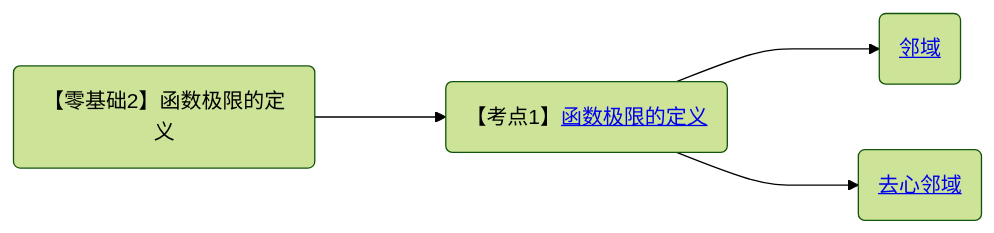
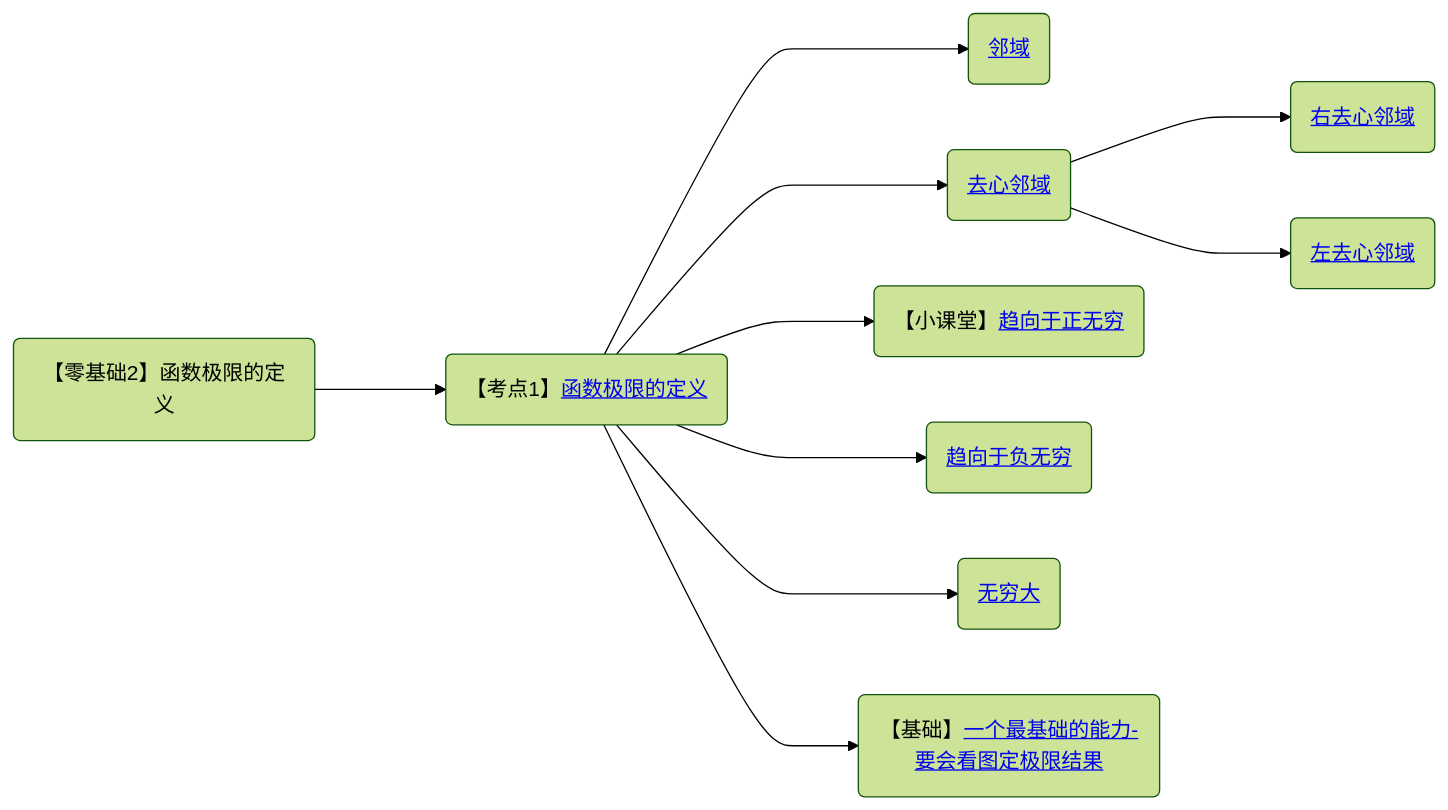
One commit to yuebinghui/note changed the third of 11 diagrams in 笔记/数学/周洋鑫/00.框架.md. Above: the diagram before and after it, drawn with Mermaid (forest theme). The commit also changed 2 other files, not shown here.

Commit message:
Thu Sep 12 09:00:01 CST 2024

````diff
--- a/笔记/数学/周洋鑫/00.框架.md
+++ b/笔记/数学/周洋鑫/00.框架.md
@@ -89,7 +89,13 @@
 ```mermaid
 graph LR
 函数极限的定义(【零基础2】函数极限的定义)
 函数极限的定义 ---> 定义(【考点1】<a href="/Users/yuebinghui/Documents/program/github/note/笔记/数学/周洋鑫/03.零基础核心考点精讲2-2～3-1.md#函数极限的定义">函数极限的定义</>)
 定义--->邻域(<a href="/Users/yuebinghui/Documents/program/github/note/笔记/数学/周洋鑫/03.零基础核心考点精讲2-2～3-1.md#邻域">邻域</>)
 定义--->去心邻域(<a href="/Users/yuebinghui/Documents/program/github/note/笔记/数学/周洋鑫/03.零基础核心考点精讲2-2～3-1.md#去心邻域">去心邻域</>)
+去心邻域--->右去心邻域(<a href="/Users/yuebinghui/Documents/program/github/note/笔记/数学/周洋鑫/03.零基础核心考点精讲2-2～3-1.md#右去心邻域">右去心邻域</>)
+去心邻域--->左去心邻域(<a href="/Users/yuebinghui/Documents/program/github/note/笔记/数学/周洋鑫/03.零基础核心考点精讲2-2～3-1.md#左去心邻域">左去心邻域</>)
+定义--->趋向于正无穷(【小课堂】<a href="/Users/yuebinghui/Documents/program/github/note/笔记/数学/周洋鑫/03.零基础核心考点精讲2-2～3-1.md#趋向于正无穷">趋向于正无穷</>)
+定义--->趋向于负无穷(<a href="/Users/yuebinghui/Documents/program/github/note/笔记/数学/周洋鑫/03.零基础核心考点精讲2-2～3-1.md#趋向于负无穷">趋向于负无穷</>)
+定义--->无穷大(<a href="/Users/yuebinghui/Documents/program/github/note/笔记/数学/周洋鑫/03.零基础核心考点精讲2-2～3-1.md#无穷大">无穷大</>)
+定义--->一个最基础的能力-要会看图定极限结果(【基础】<a href="/Users/yuebinghui/Documents/program/github/note/笔记/数学/周洋鑫/03.零基础核心考点精讲2-2～3-1.md#一个最基础的能力-要会看图定极限结果">一个最基础的能力-要会看图定极限结果</>)
 ```
````
